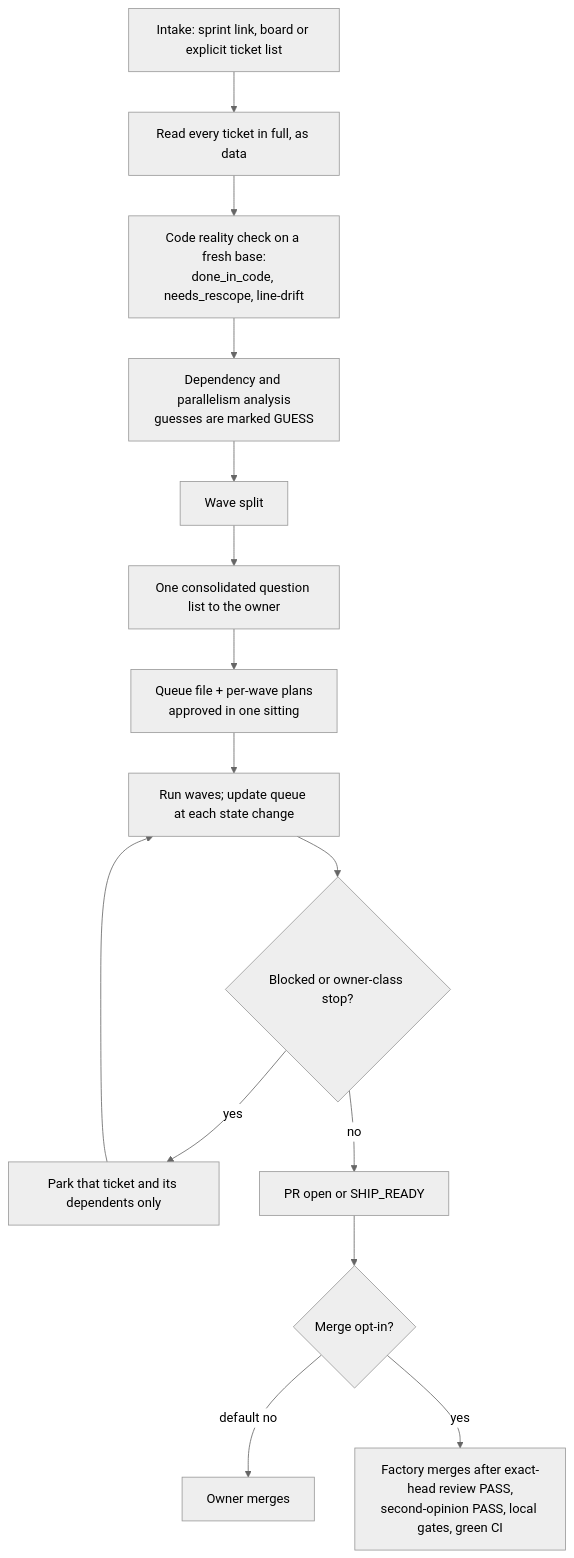
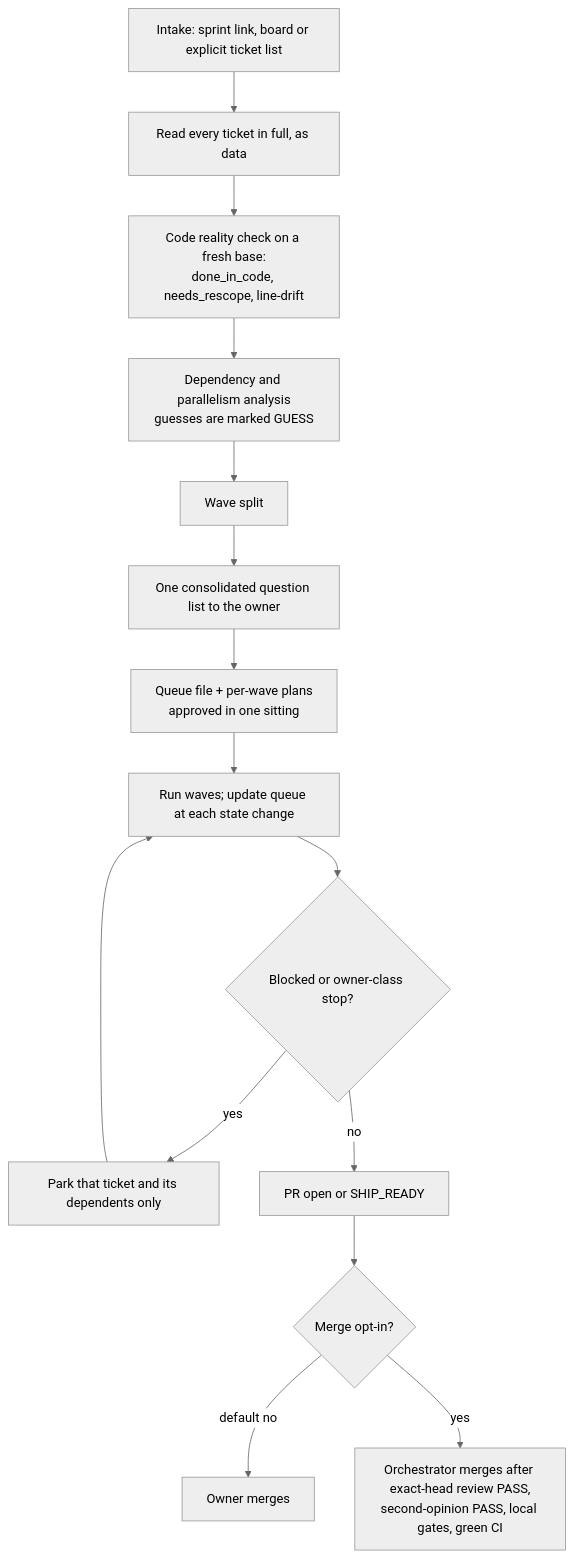
The diagram in docs/sprint-and-extended-run.md (AhmedAbdelfattah0/AI-Skills), drawn with Mermaid (neutral theme) before and after one commit. The commit also changed other lines of this file and 19 other files, not shown here.

````diff
--- a/docs/sprint-and-extended-run.md
+++ b/docs/sprint-and-extended-run.md
@@ -9,17 +9,17 @@
 ```mermaid
 flowchart TB
   A["Intake: sprint link, board or explicit ticket list"] --> B["Read every ticket in full, as data"]
   B --> C["Code reality check on a fresh base:<br/>done_in_code, needs_rescope, line-drift"]
   C --> D["Dependency and parallelism analysis<br/>guesses are marked GUESS"]
   D --> E["Wave split"]
   E --> F["One consolidated question list to the owner"]
   F --> G["Queue file + per-wave plans<br/>approved in one sitting"]
   G --> H["Run waves; update queue at each state change"]
   H --> I{"Blocked or owner-class stop?"}
   I -- yes --> J["Park that ticket and its dependents only"]
   I -- no --> K["PR open or SHIP_READY"]
   J --> H
   K --> L{"Merge opt-in?"}
   L -- "default no" --> M["Owner merges"]
-  L -- yes --> N["Factory merges after exact-head review PASS,<br/>second-opinion PASS, local gates, green CI"]
+  L -- yes --> N["Orchestrator merges after exact-head review PASS,<br/>second-opinion PASS, local gates, green CI"]
 ```
````
